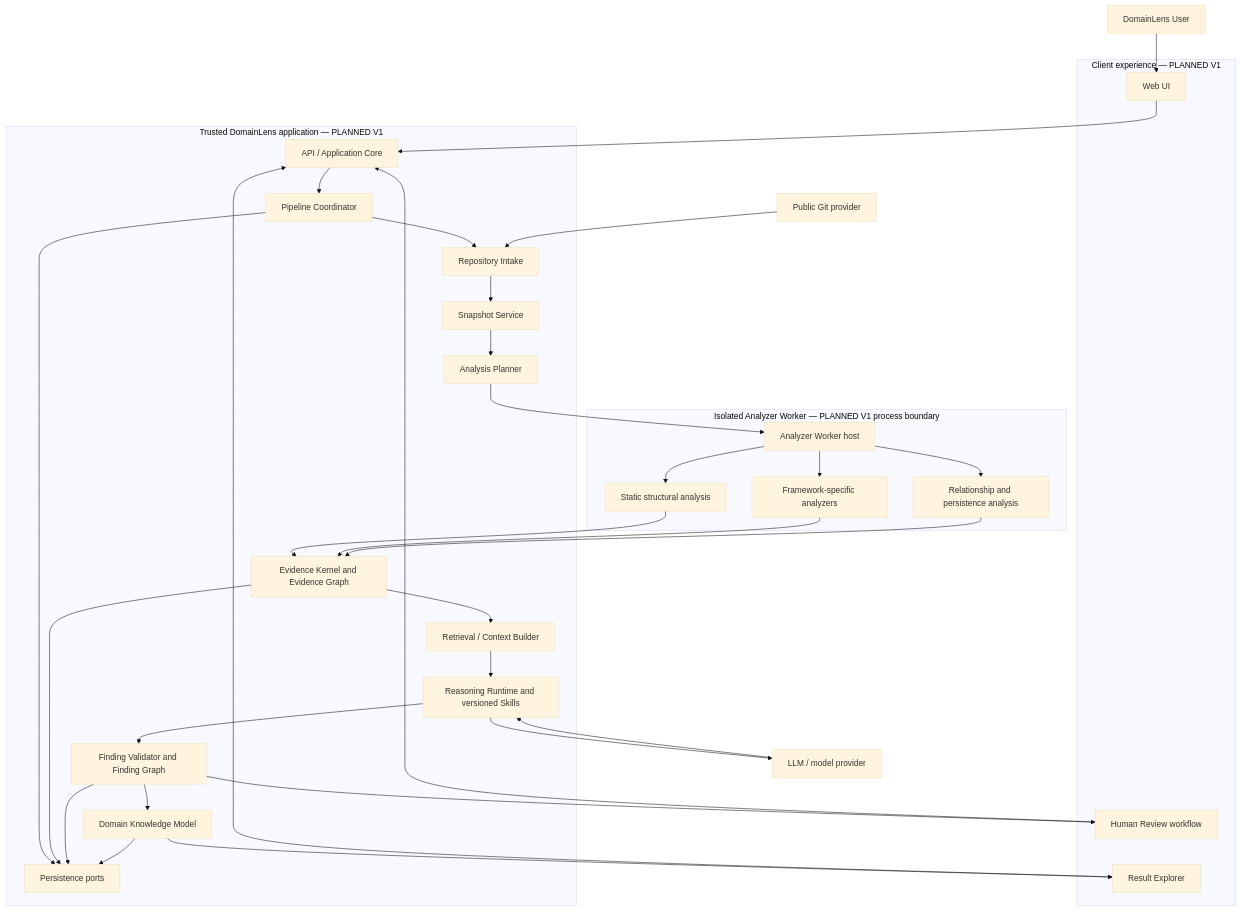
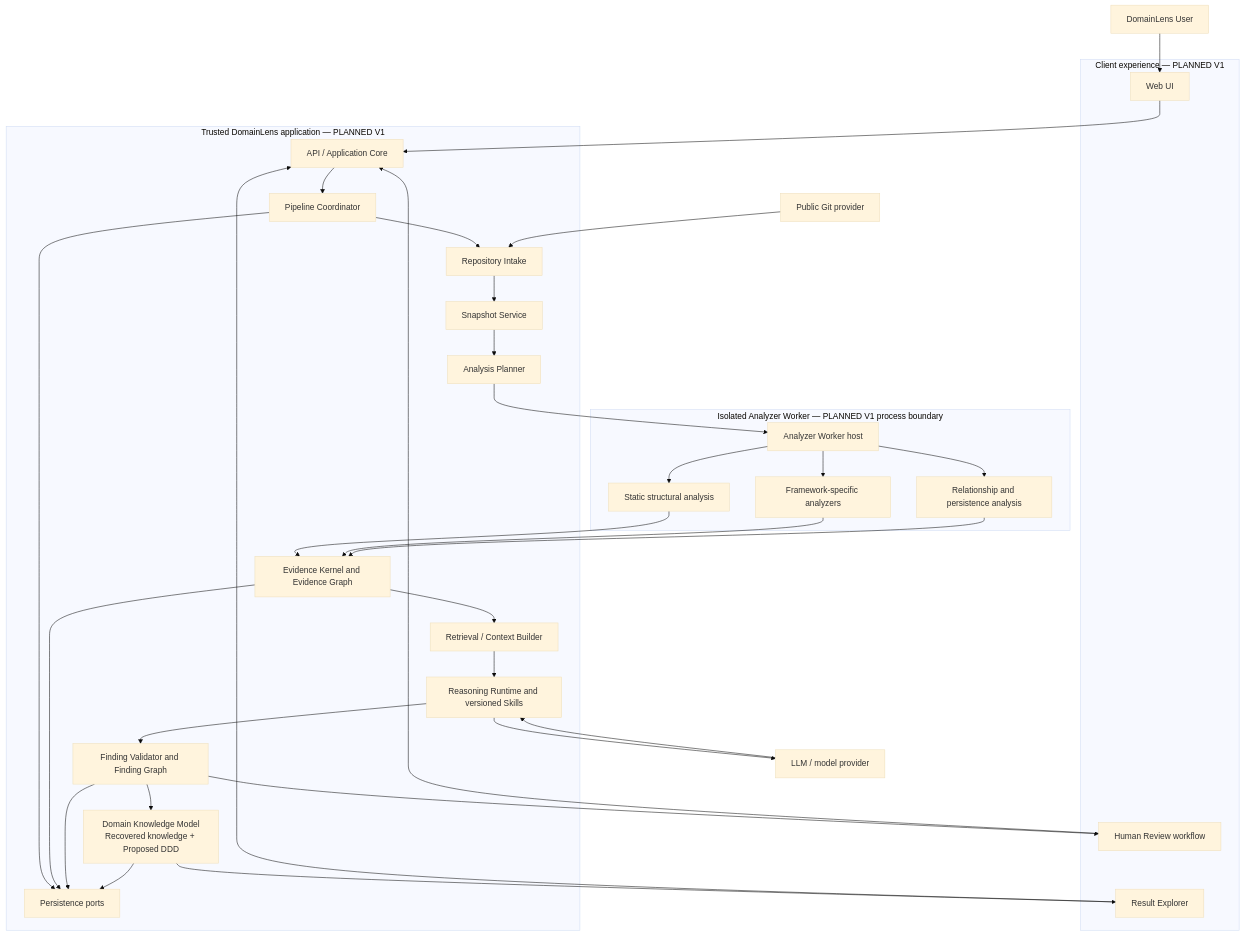
Before and after one commit to ksharik/domainLens: the diagram in docs/architecture/02-logical-architecture.md, drawn with Mermaid (base theme). The commit also changed other lines of this file and 17 other files, not shown here.

````diff
--- a/docs/architecture/02-logical-architecture.md
+++ b/docs/architecture/02-logical-architecture.md
@@ -33,62 +38,62 @@
 ```mermaid
 flowchart TB
     user["DomainLens User"]
     git["Public Git provider"]
     model["LLM / model provider"]
 
     subgraph clients["Client experience — PLANNED V1"]
         web["Web UI"]
         explorer["Result Explorer"]
         review["Human Review workflow"]
     end
 
     subgraph trusted["Trusted DomainLens application — PLANNED V1"]
         api["API / Application Core"]
         coordinator["Pipeline Coordinator"]
         intake["Repository Intake"]
         snapshot["Snapshot Service"]
         planner["Analysis Planner"]
         evidenceKernel["Evidence Kernel and Evidence Graph"]
         context["Retrieval / Context Builder"]
         reasoning["Reasoning Runtime and versioned Skills"]
         findingValidator["Finding Validator and Finding Graph"]
-        domainModel["Domain Knowledge Model"]
+        domainModel["Domain Knowledge Model<br/>Recovered knowledge + Proposed DDD"]
         persistence["Persistence ports"]
     end
 
     subgraph isolated["Isolated Analyzer Worker — PLANNED V1 process boundary"]
         worker["Analyzer Worker host"]
         structural["Static structural analysis"]
         framework["Framework-specific analyzers"]
         relationships["Relationship and persistence analysis"]
     end
 
     user --> web
     web --> api
     explorer --> api
     review --> api
     api --> coordinator
     coordinator --> intake
     git --> intake
     intake --> snapshot
     snapshot --> planner
     planner --> worker
     worker --> structural
     worker --> framework
     worker --> relationships
     structural --> evidenceKernel
     framework --> evidenceKernel
     relationships --> evidenceKernel
     evidenceKernel --> context
     context --> reasoning
     reasoning --> model
     model --> reasoning
     reasoning --> findingValidator
     findingValidator --> review
     findingValidator --> domainModel
     domainModel --> explorer
     coordinator --> persistence
     evidenceKernel --> persistence
     findingValidator --> persistence
     domainModel --> persistence
 ```
````
